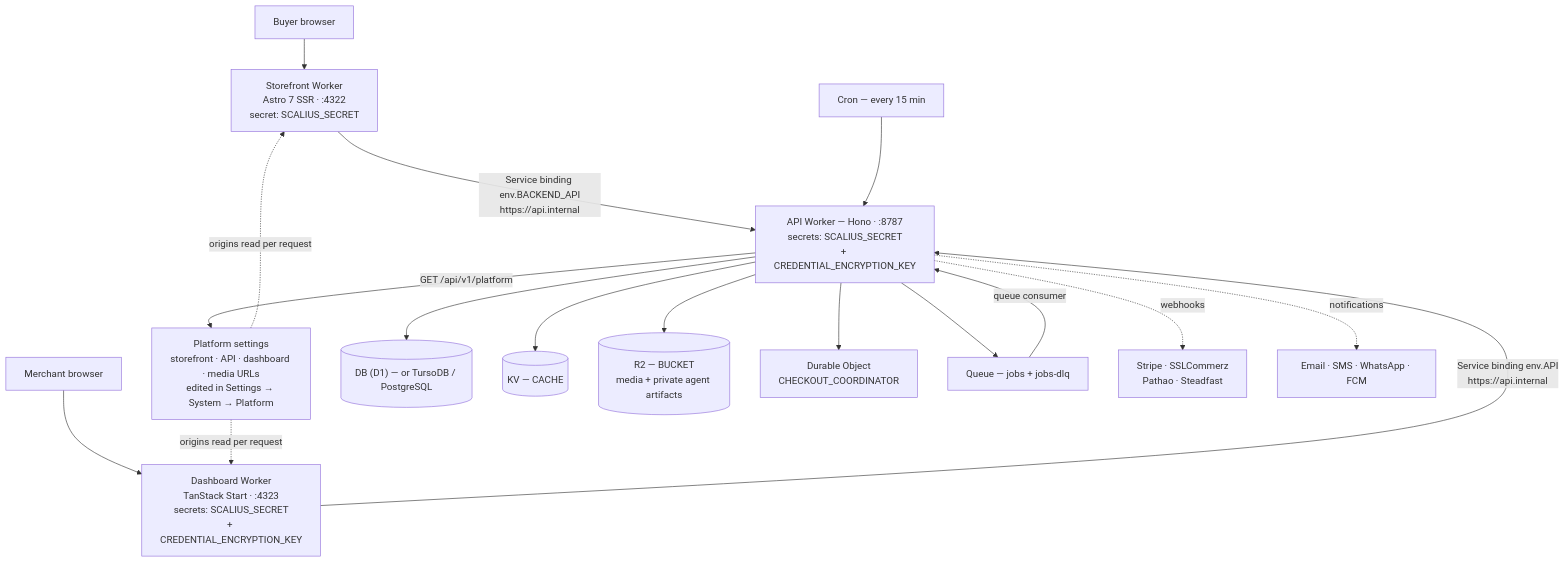
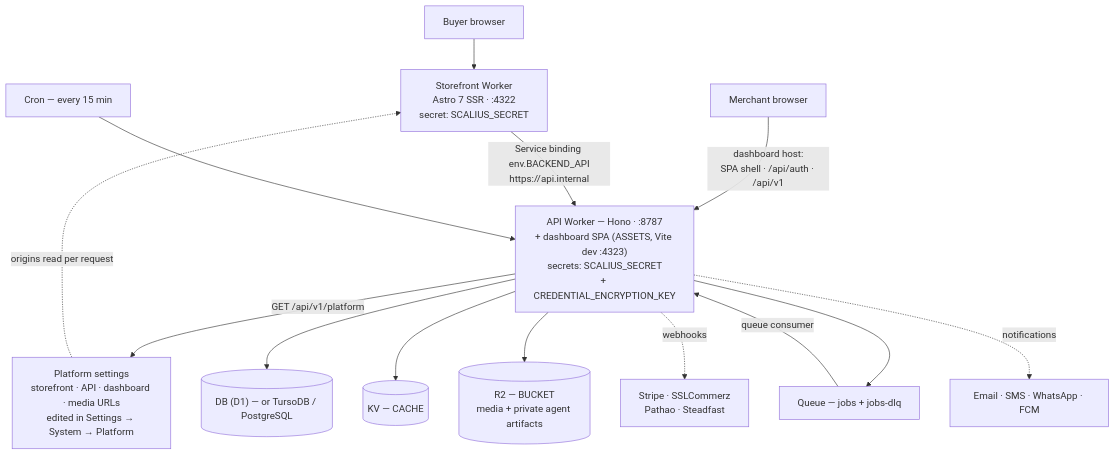
The diagram in README.md (scaliuslabs/scalius-commerce-lite), drawn with Mermaid before and after one commit. The commit also changed other lines of this file and 398 other files, not shown here.

````diff
--- a/README.md
+++ b/README.md
@@ -82,25 +82,22 @@
 ```mermaid
 flowchart TB
     Buyer["Buyer browser"] --> SF["Storefront Worker<br/>Astro 7 SSR · :4322<br/>secret: SCALIUS_SECRET"]
-    Merchant["Merchant browser"] --> AD["Dashboard Worker<br/>TanStack Start · :4323<br/>secrets: SCALIUS_SECRET<br/>+ CREDENTIAL_ENCRYPTION_KEY"]
+    Merchant["Merchant browser"] -->|"dashboard host:<br/>SPA shell · /api/auth · /api/v1"| API
 
     SF -->|"Service binding env.BACKEND_API<br/>https://api.internal"| API
-    AD -->|"Service binding env.API<br/>https://api.internal"| API
 
-    API["API Worker — Hono · :8787<br/>secrets: SCALIUS_SECRET<br/>+ CREDENTIAL_ENCRYPTION_KEY"]
+    API["API Worker — Hono · :8787<br/>+ dashboard SPA (ASSETS, Vite dev :4323)<br/>secrets: SCALIUS_SECRET<br/>+ CREDENTIAL_ENCRYPTION_KEY"]
 
     API -->|"GET /api/v1/platform"| PLAT["Platform settings<br/>storefront · API · dashboard · media URLs<br/>edited in Settings → System → Platform"]
     PLAT -. "origins read per request" .-> SF
-    PLAT -. "origins read per request" .-> AD
 
     API --> DB[("DB (D1) — or TursoDB / PostgreSQL")]
     API --> KV[("KV — CACHE")]
     API --> R2[("R2 — BUCKET<br/>media + private agent artifacts")]
-    API --> CHECKOUTDO["Durable Object<br/>CHECKOUT_COORDINATOR"]
     API --> Q["Queue — jobs + jobs-dlq"]
     Q -->|"queue consumer"| API
     CRON["Cron — every 15 min"] --> API
 
     API -.->|"webhooks"| EXT["Stripe · SSLCommerz<br/>Pathao · Steadfast"]
     API -.->|"notifications"| NOTIF["Email · SMS · WhatsApp · FCM"]
 ```
````
